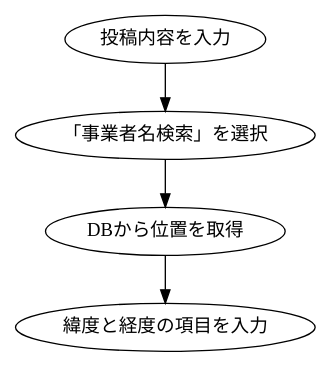
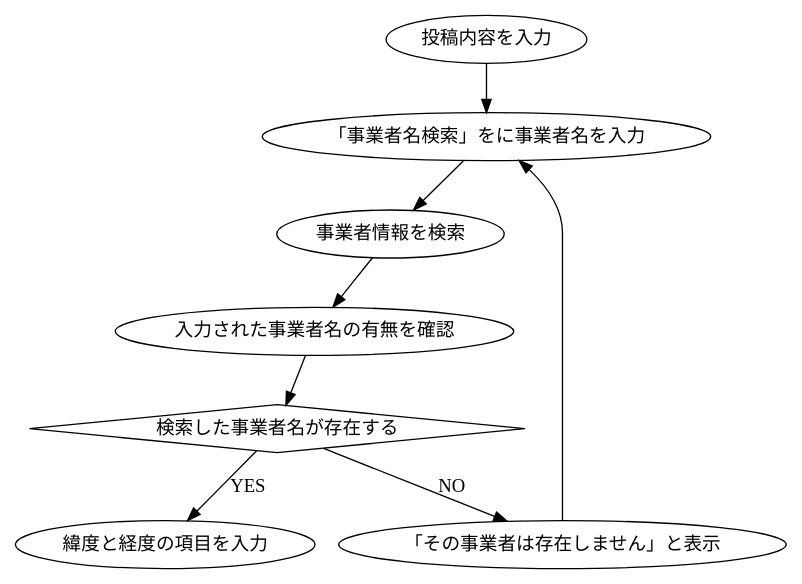
One commit to KUT-Group12/internal_design changed the diagram in dot/marudemaru/UserNameSearch.dot. Above: the diagram before and after it, drawn with Graphviz. The commit also changed 26 other files, not shown here.

```diff
--- a/dot/marudemaru/UserNameSearch.dot
+++ b/dot/marudemaru/UserNameSearch.dot
@@ -1,12 +1,20 @@
 digraph G {
     #include "style.doth"
 
     input[label = "投稿内容を入力"]
-    serect[label = "「事業者名検索」を選択"]
-    position[label = "DBから位置を取得"]
-    position_input[label = "緯度と経度の項目を入力"]
+    serect[label = "「事業者名検索」をに事業者名を入力"]
+    serch[label = "事業者情報を検索"]
+    check[label = "入力された事業者名の有無を確認"]
+    existence[label = "検索した事業者名が存在する", shape = diamond]
+    no[label = "「その事業者は存在しません」と表示"]
+    yes[label = "緯度と経度の項目を入力"]
 
     input -> serect
-    serect -> position
-    position -> position_input
+    serect -> serch
+    serch -> check
+    check -> existence
+    existence -> no [label = "NO"]
+    no -> serect
+    existence -> yes [label = "YES"]
+
 }
```
